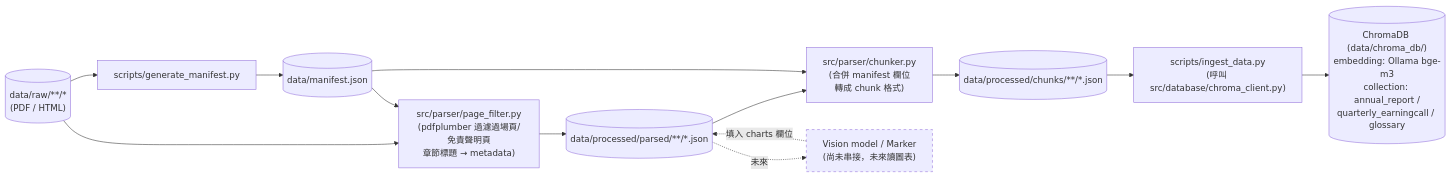
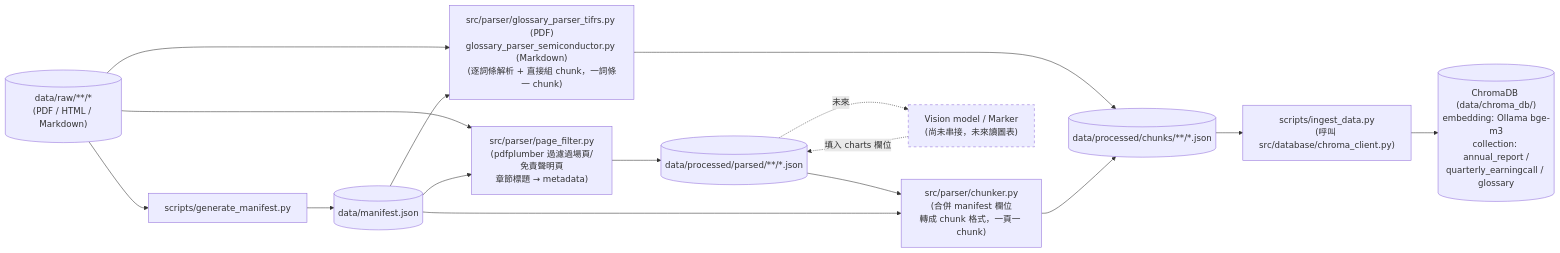
One commit to RogerRJSiao/my-genai changed the diagram in financial_rag/docs/manifest_schema.md. Above: the diagram before and after it, drawn with Mermaid. The commit also changed other lines of this file, not shown here.

Commit message:
docs[genai]: document glossary ingestion pipeline in manifest_schema

````diff
--- a/financial_rag/docs/manifest_schema.md
+++ b/financial_rag/docs/manifest_schema.md
@@ -22,24 +24,27 @@
 ```mermaid
 flowchart LR
-    raw[("data/raw/**/*\n(PDF / HTML)")]
+    raw[("data/raw/**/*\n(PDF / HTML / Markdown)")]
     gm["scripts/generate_manifest.py"]
     manifest[("data/manifest.json")]
     pf["src/parser/page_filter.py\n(pdfplumber 過濾過場頁/免責聲明頁\n章節標題 → metadata)"]
     parsed[("data/processed/parsed/**/*.json")]
-    ck["src/parser/chunker.py\n(合併 manifest 欄位\n轉成 chunk 格式)"]
+    ck["src/parser/chunker.py\n(合併 manifest 欄位\n轉成 chunk 格式，一頁一 chunk)"]
     chunks[("data/processed/chunks/**/*.json")]
+    gp["src/parser/glossary_parser_tifrs.py (PDF)\nglossary_parser_semiconductor.py (Markdown)\n(逐詞條解析 + 直接組 chunk，一詞條一 chunk)"]
     ingest["scripts/ingest_data.py\n(呼叫 src/database/chroma_client.py)"]
     chroma[("ChromaDB (data/chroma_db/)\nembedding: Ollama bge-m3\ncollection: annual_report /\nquarterly_earningcall / glossary")]
     vision["Vision model / Marker\n(尚未串接，未來讀圖表)"]
 
     raw --> gm --> manifest
     raw --> pf
+    raw --> gp
     manifest --> pf --> parsed
+    manifest --> gp --> chunks
     parsed --> ck
     manifest --> ck --> chunks
     chunks --> ingest --> chroma
     parsed -. 未來 .-> vision
     vision -. 填入 charts 欄位 .-> parsed
 
     style vision stroke-dasharray: 5 5
 ```
````
